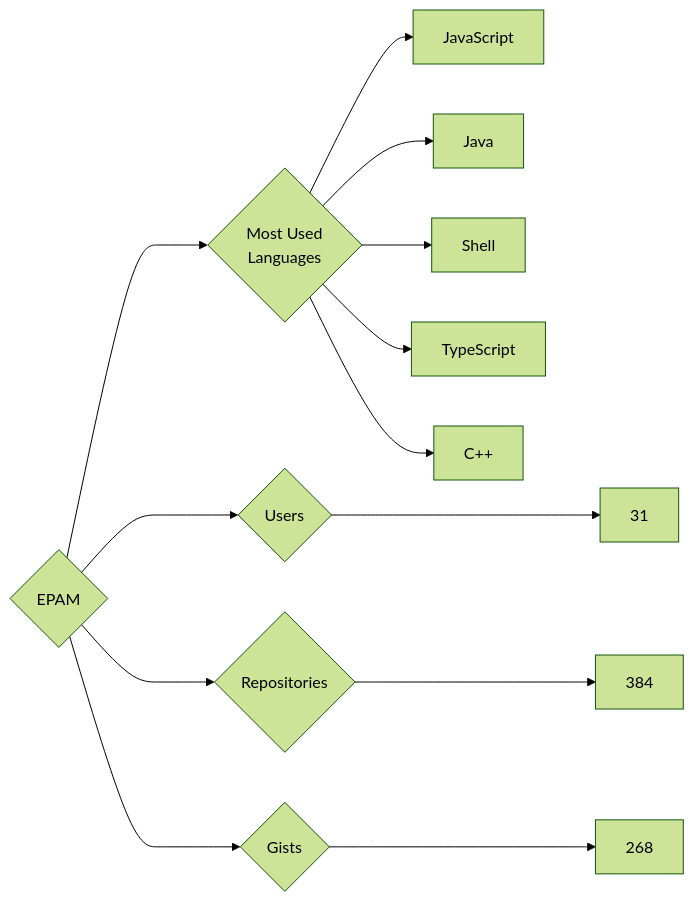
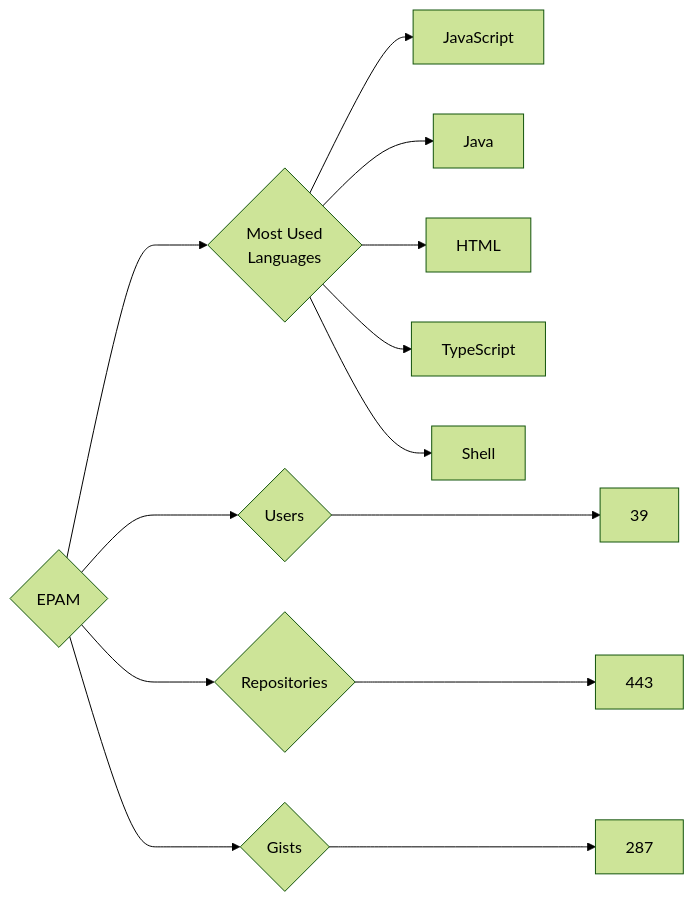
Before and after one commit to trickest/insiders: the diagram in targets/EPAM/README.md, drawn with Mermaid (forest theme). The commit also changed 1238 other files, not shown here.

````diff
--- a/targets/EPAM/README.md
+++ b/targets/EPAM/README.md
@@ -3,13 +3,13 @@
 ```mermaid
 graph LR
 COMPANY_NAME{EPAM}
-COMPANY_NAME ---> U{Users} ---> UN[31]
-COMPANY_NAME ---> R{Repositories} ---> RN[384]
-COMPANY_NAME ---> G{Gists} ---> GN[268]
+COMPANY_NAME ---> U{Users} ---> UN[39]
+COMPANY_NAME ---> R{Repositories} ---> RN[443]
+COMPANY_NAME ---> G{Gists} ---> GN[287]
 COMPANY_NAME ---> ML{Most Used<br>Languages}
 ML --> JavaScript[JavaScript]
 ML --> Java[Java]
+ML --> HTML[HTML]
+ML --> TypeScript[TypeScript]
 ML --> Shell[Shell]
-ML --> TypeScript[TypeScript]
-ML --> C++[C++]
 ```
````
